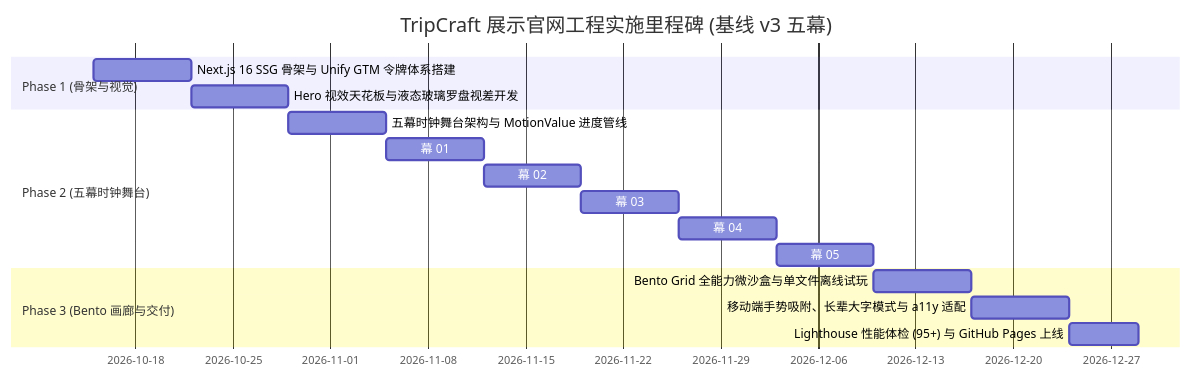
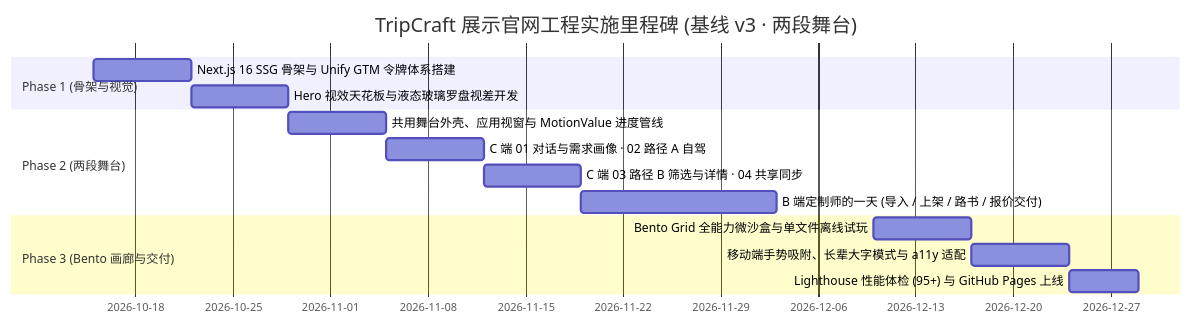
Before and after one commit to JohnMaxwell0123/TripCraft: the sixth of 6 diagrams in docs/SHOWCASE-web-design.md, drawn with Mermaid. The commit also changed other lines of this file and 4 other files, not shown here.

````diff
--- a/docs/SHOWCASE-web-design.md
+++ b/docs/SHOWCASE-web-design.md
@@ -266,19 +324,17 @@
 ```mermaid
 gantt
-    title TripCraft 展示官网工程实施里程碑 (基线 v3 五幕)
+    title TripCraft 展示官网工程实施里程碑 (基线 v3 · 两段舞台)
     dateFormat  YYYY-MM-DD
     section Phase 1 (骨架与视觉)
     Next.js 16 SSG 骨架与 Unify GTM 令牌体系搭建 :2026-10-15, 7d
     Hero 视效天花板与液态玻璃罗盘视差开发      :2026-10-22, 7d
-    section Phase 2 (五幕时钟舞台)
-    五幕时钟舞台架构与 MotionValue 进度管线    :2026-10-29, 7d
-    幕 01: AI 对话与需求画像 (模型选择 / 追问 / 画像卡) :2026-11-05, 7d
-    幕 02: 路径 A · AI 规划自驾 (日程与路线沙盘) :2026-11-12, 7d
-    幕 03: 路径 B · 旅行社线路匹配 (分布图滑块筛选页) :2026-11-19, 7d
-    幕 04: 旅行社线路工作室 (导入 / 路书 / 报价版本) :2026-11-26, 7d
-    幕 05: 多人共享 · 多端同步 (协作与支撑能力) :2026-12-03, 7d
+    section Phase 2 (两段舞台)
+    共用舞台外壳、应用视窗与 MotionValue 进度管线 :2026-10-29, 7d
+    C 端 01 对话与需求画像 · 02 路径 A 自驾 :2026-11-05, 7d
+    C 端 03 路径 B 筛选与详情 · 04 共享同步 :2026-11-12, 7d
+    B 端定制师的一天 (导入 / 上架 / 路书 / 报价交付) :2026-11-19, 14d
     section Phase 3 (Bento 画廊与交付)
     Bento Grid 全能力微沙盒与单文件离线试玩    :2026-12-10, 7d
     移动端手势吸附、长辈大字模式与 a11y 适配   :2026-12-17, 7d
     Lighthouse 性能体检 (95+) 与 GitHub Pages 上线 :2026-12-24, 5d
 ```
````
